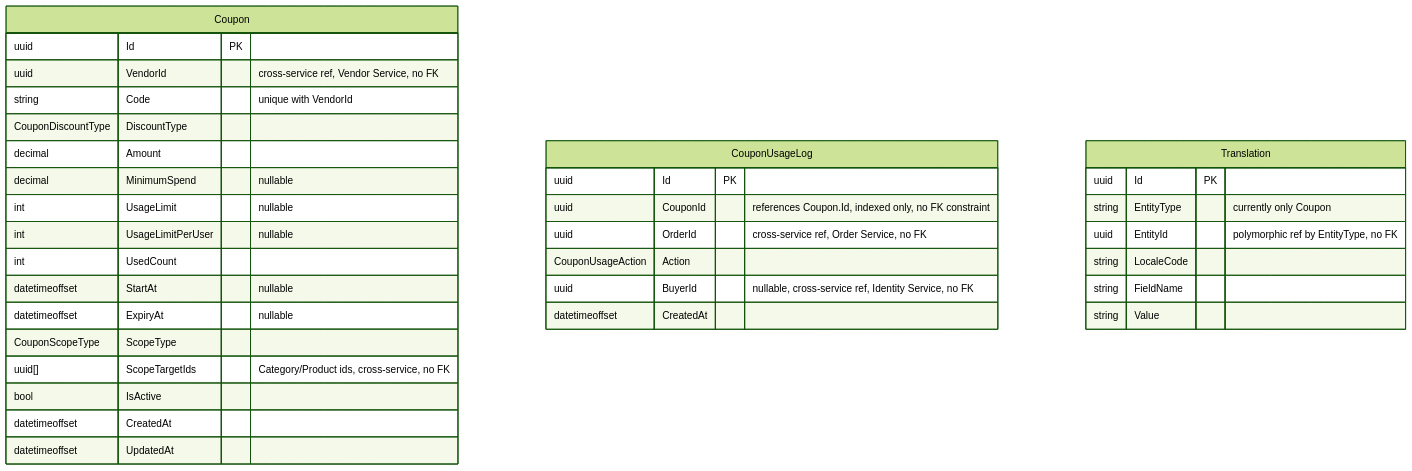
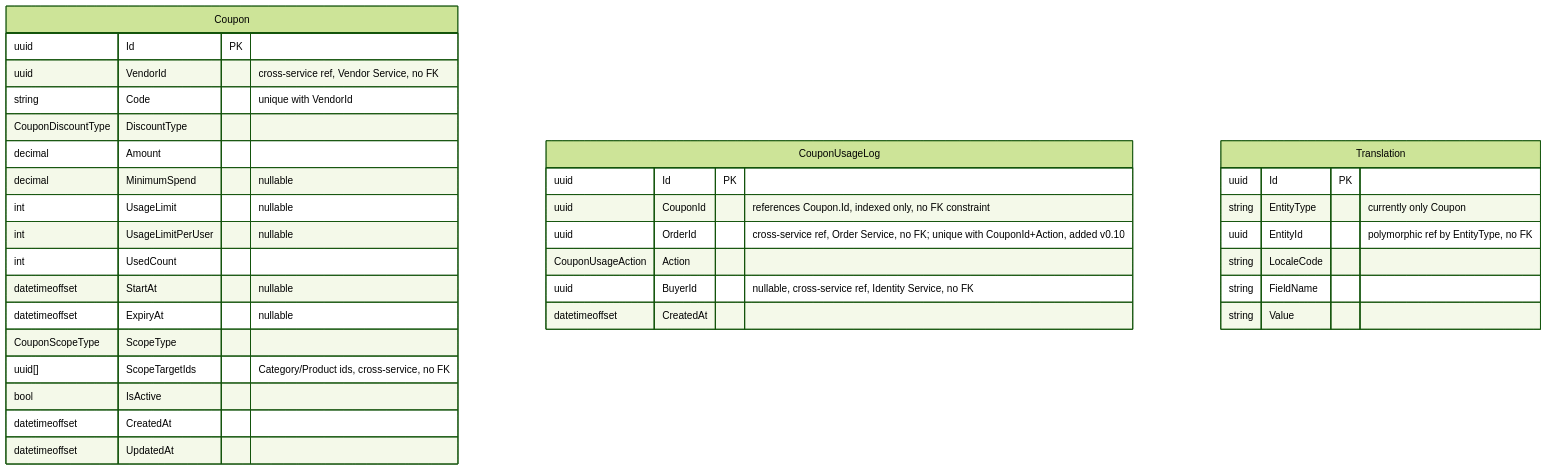
One commit to roycecole/suxo-shop-spec changed the diagram in docs/16-service-promotions.md. Above: the diagram before and after it, drawn with Mermaid (forest theme). The commit also changed other lines of this file and 4 other files, not shown here.

````diff
--- a/docs/16-service-promotions.md
+++ b/docs/16-service-promotions.md
@@ -30,37 +31,37 @@
 ```mermaid
 erDiagram
     Coupon {
         uuid Id PK
         uuid VendorId "cross-service ref, Vendor Service, no FK"
         string Code "unique with VendorId"
         CouponDiscountType DiscountType
         decimal Amount
         decimal MinimumSpend "nullable"
         int UsageLimit "nullable"
         int UsageLimitPerUser "nullable"
         int UsedCount
         datetimeoffset StartAt "nullable"
         datetimeoffset ExpiryAt "nullable"
         CouponScopeType ScopeType
         uuid[] ScopeTargetIds "Category/Product ids, cross-service, no FK"
         bool IsActive
         datetimeoffset CreatedAt
         datetimeoffset UpdatedAt
     }
     CouponUsageLog {
         uuid Id PK
         uuid CouponId "references Coupon.Id, indexed only, no FK constraint"
-        uuid OrderId "cross-service ref, Order Service, no FK"
+        uuid OrderId "cross-service ref, Order Service, no FK; unique with CouponId+Action, added v0.10"
         CouponUsageAction Action
         uuid BuyerId "nullable, cross-service ref, Identity Service, no FK"
         datetimeoffset CreatedAt
     }
     Translation {
         uuid Id PK
         string EntityType "currently only Coupon"
         uuid EntityId "polymorphic ref by EntityType, no FK"
         string LocaleCode
         string FieldName
         string Value
     }
 ```
````
